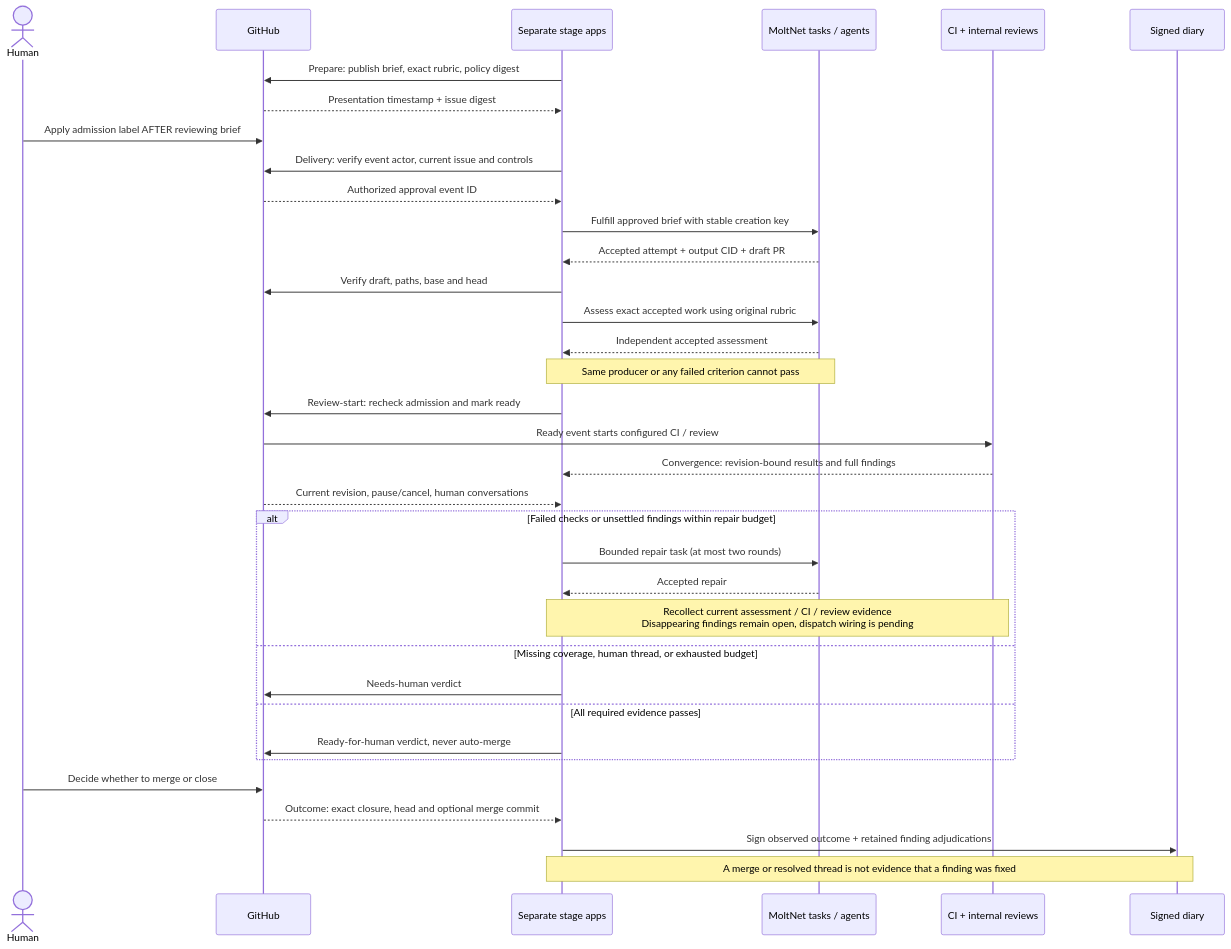
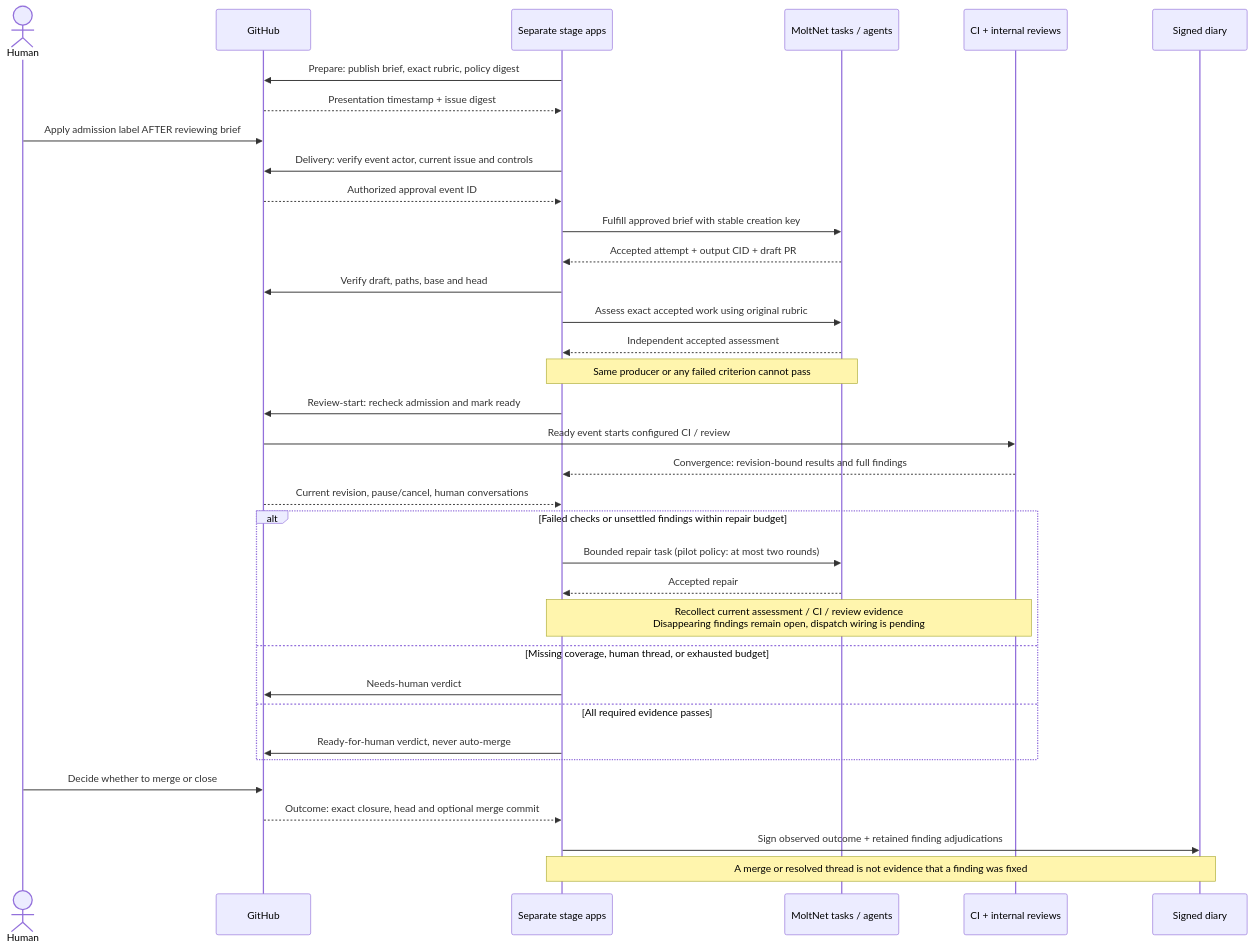
Before and after one commit to getlarge/themoltnet: the second of 2 diagrams in libs/sdlc/README.md, drawn with Mermaid. The commit also changed other lines of this file, not shown here.

````diff
--- a/libs/sdlc/README.md
+++ b/libs/sdlc/README.md
@@ -42,40 +81,40 @@
 ```mermaid
 sequenceDiagram
     actor Human
     participant GitHub
     participant Stages as Separate stage apps
     participant Tasks as MoltNet tasks / agents
     participant Evidence as CI + internal reviews
     participant Diary as Signed diary
 
     Stages->>GitHub: Prepare: publish brief, exact rubric, policy digest
     GitHub-->>Stages: Presentation timestamp + issue digest
     Human->>GitHub: Apply admission label AFTER reviewing brief
     Stages->>GitHub: Delivery: verify event actor, current issue and controls
     GitHub-->>Stages: Authorized approval event ID
     Stages->>Tasks: Fulfill approved brief with stable creation key
     Tasks-->>Stages: Accepted attempt + output CID + draft PR
     Stages->>GitHub: Verify draft, paths, base and head
     Stages->>Tasks: Assess exact accepted work using original rubric
     Tasks-->>Stages: Independent accepted assessment
     Note over Stages,Tasks: Same producer or any failed criterion cannot pass
     Stages->>GitHub: Review-start: recheck admission and mark ready
     GitHub->>Evidence: Ready event starts configured CI / review
     Evidence-->>Stages: Convergence: revision-bound results and full findings
     GitHub-->>Stages: Current revision, pause/cancel, human conversations
 
     alt Failed checks or unsettled findings within repair budget
-        Stages->>Tasks: Bounded repair task (at most two rounds)
+        Stages->>Tasks: Bounded repair task (pilot policy: at most two rounds)
         Tasks-->>Stages: Accepted repair
         Note over Stages,Evidence: Recollect current assessment / CI / review evidence<br/>Disappearing findings remain open, dispatch wiring is pending
     else Missing coverage, human thread, or exhausted budget
         Stages->>GitHub: Needs-human verdict
     else All required evidence passes
         Stages->>GitHub: Ready-for-human verdict, never auto-merge
     end
 
     Human->>GitHub: Decide whether to merge or close
     GitHub-->>Stages: Outcome: exact closure, head and optional merge commit
     Stages->>Diary: Sign observed outcome + retained finding adjudications
     Note over Stages,Diary: A merge or resolved thread is not evidence that a finding was fixed
 ```
````
